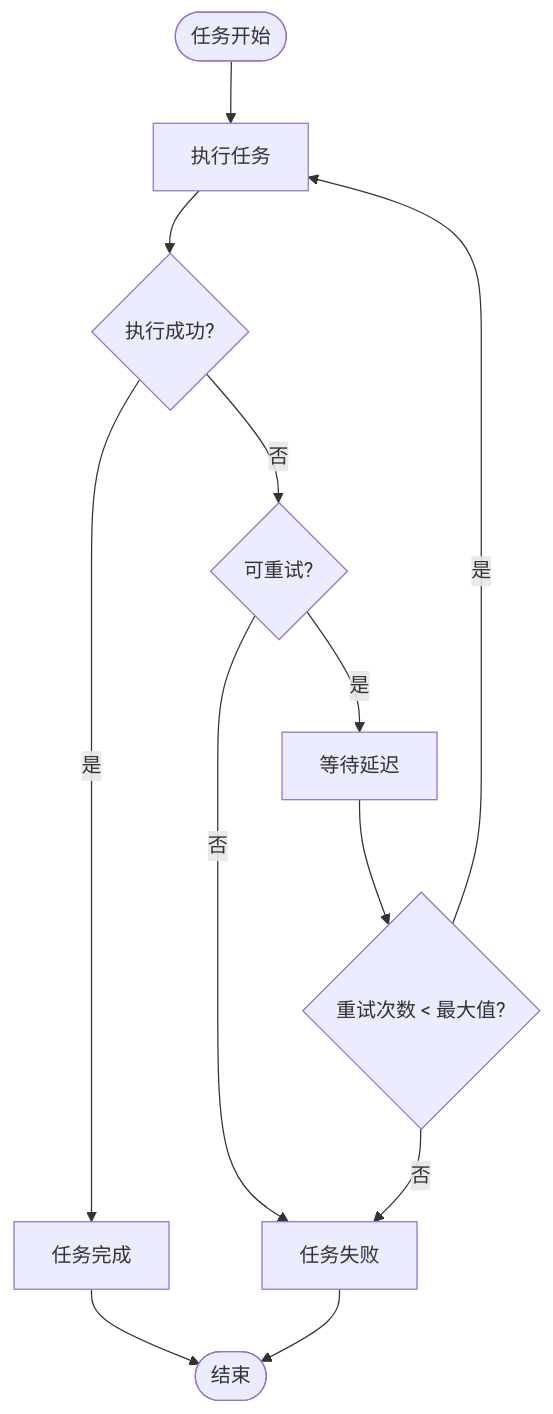
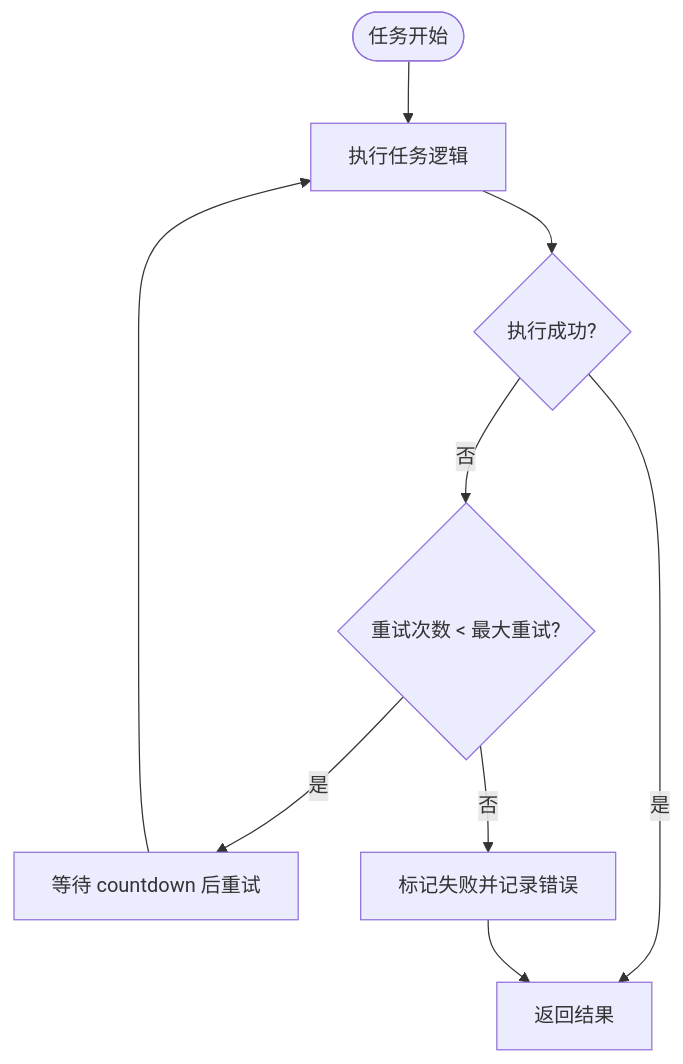
Before and after one commit to lilinzezzzzzz/fastapi-backend: the sixth of 7 diagrams in .qoder/repowiki/zh/content/任务调度系统/任务调度系统.md, drawn with Mermaid. The commit also changed other lines of this file and 104 other files, not shown here.

````diff
--- a/.qoder/repowiki/zh/content/任务调度系统/任务调度系统.md
+++ b/.qoder/repowiki/zh/content/任务调度系统/任务调度系统.md
@@ -523,14 +243,11 @@
 ```mermaid
 flowchart TD
-TaskStart([任务开始]) --> Execute["执行任务"]
-Execute --> Success{"执行成功?"}
-Success --> |是| Complete["任务完成"]
-Success --> |否| CheckRetry{"可重试?"}
-CheckRetry --> |是| WaitDelay["等待延迟"]
-CheckRetry --> |否| Fail["任务失败"]
-WaitDelay --> RetryCount{"重试次数 < 最大值?"}
-RetryCount --> |是| Execute
-RetryCount --> |否| Fail
-Complete --> End([结束])
-Fail --> End
+Enter(["任务开始"]) --> TryExec["执行任务逻辑"]
+TryExec --> Success{"执行成功?"}
+Success --> |是| Return["返回结果"]
+Success --> |否| RetryCheck{"重试次数 < 最大重试?"}
+RetryCheck --> |是| DelayRetry["等待 countdown 后重试"]
+DelayRetry --> TryExec
+RetryCheck --> |否| Fail["标记失败并记录错误"]
+Fail --> Return
 ```
````
